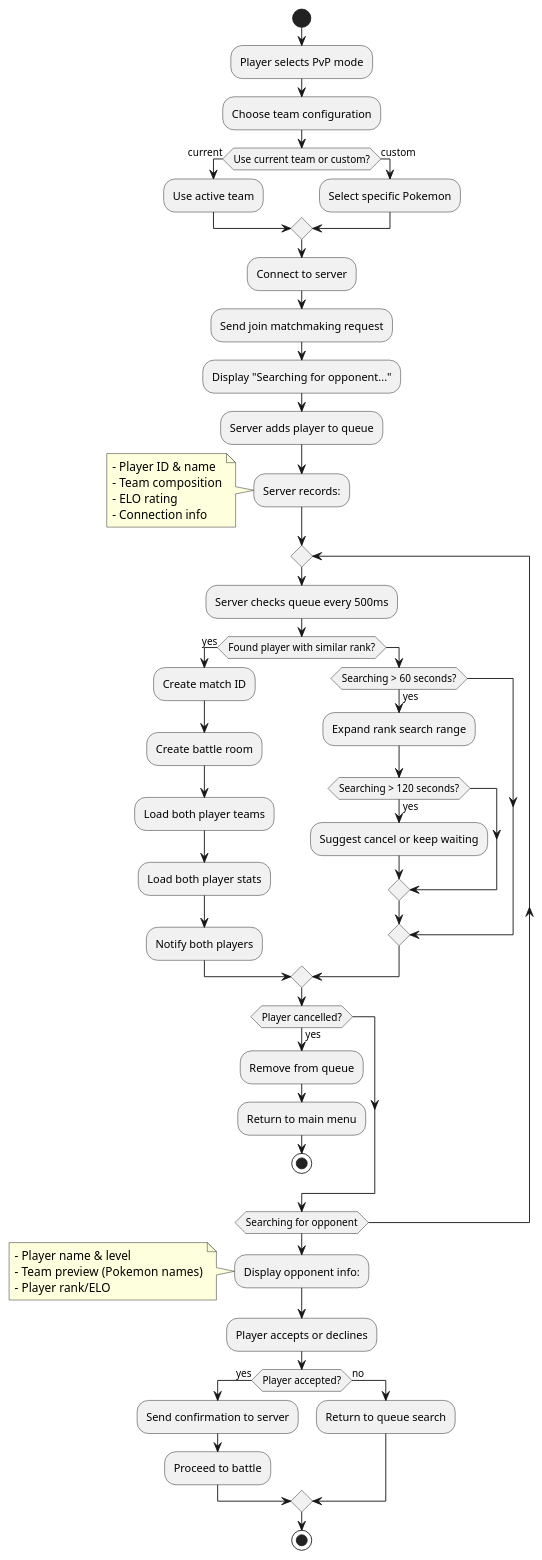
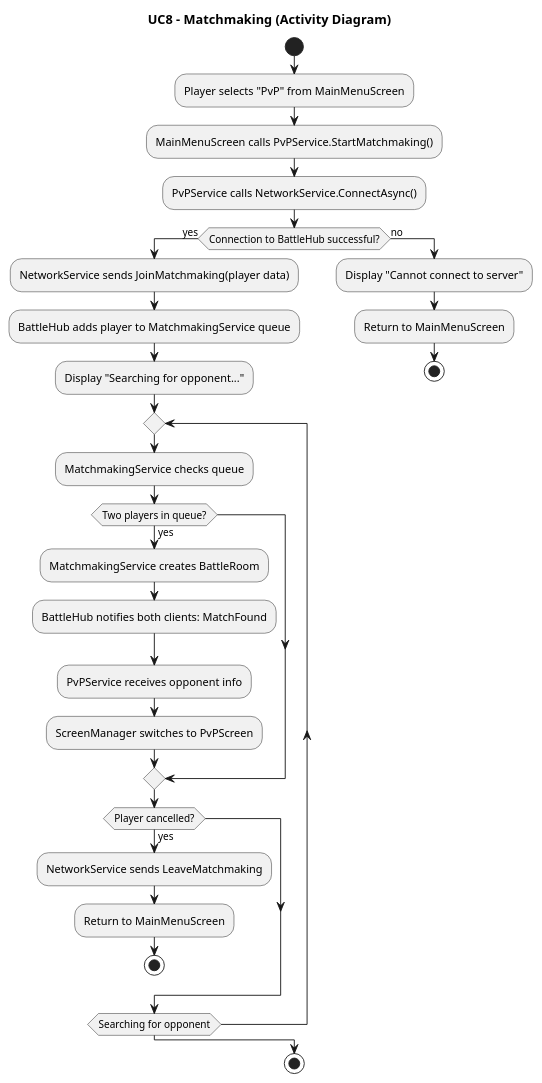
The diagram in TurnBasedPokemon/Diagram/ActivityDiagram/Detailed_UC8_Matchmaking_Activity.plantuml (devKasumi/PokemonConsole), drawn with PlantUML before and after one commit. The commit also changed 69 other files, not shown here.

Commit message:
update all the diagrams

```diff
--- a/TurnBasedPokemon/Diagram/ActivityDiagram/Detailed_UC8_Matchmaking_Activity.plantuml
+++ b/TurnBasedPokemon/Diagram/ActivityDiagram/Detailed_UC8_Matchmaking_Activity.plantuml
@@ -1,65 +1,37 @@
 @startuml UC8_Matchmaking_Activity
+title UC8 - Matchmaking (Activity Diagram)
 start
-:Player selects PvP mode;
-:Choose team configuration;
-if (Use current team or custom?) then (current)
-  :Use active team;
-else (custom)
-  :Select specific Pokemon;
-endif
+:Player selects "PvP" from MainMenuScreen;
+:MainMenuScreen calls PvPService.StartMatchmaking();
+:PvPService calls NetworkService.ConnectAsync();
 
-:Connect to server;
-:Send join matchmaking request;
-:Display "Searching for opponent...";
-
-:Server adds player to queue;
-:Server records:;
-note
-  - Player ID & name
-  - Team composition
-  - ELO rating
-  - Connection info
-end note
-
-repeat
-  :Server checks queue every 500ms;
+if (Connection to BattleHub successful?) then (yes)
+  :NetworkService sends JoinMatchmaking(player data);
+  :BattleHub adds player to MatchmakingService queue;
+  :Display "Searching for opponent...";
   
-  if (Found player with similar rank?) then (yes)
-    :Create match ID;
-    :Create battle room;
-    :Load both player teams;
-    :Load both player stats;
-    :Notify both players;
-  else
-    if (Searching > 60 seconds?) then (yes)
-      :Expand rank search range;
-      if (Searching > 120 seconds?) then (yes)
-        :Suggest cancel or keep waiting;
-      endif
+  repeat
+    :MatchmakingService checks queue;
+    
+    if (Two players in queue?) then (yes)
+      :MatchmakingService creates BattleRoom;
+      :BattleHub notifies both clients: MatchFound;
+      :PvPService receives opponent info;
+      :ScreenManager switches to PvPScreen;
     endif
-  endif
+    
+    if (Player cancelled?) then (yes)
+      :NetworkService sends LeaveMatchmaking;
+      :Return to MainMenuScreen;
+      stop
+    endif
+  repeat while (Searching for opponent)
   
-  if (Player cancelled?) then (yes)
-    :Remove from queue;
-    :Return to main menu;
-    stop
-  endif
-repeat while (Searching for opponent)
-
-:Display opponent info:;
-note
-  - Player name & level
-  - Team preview (Pokemon names)
-  - Player rank/ELO
-end note
-
-:Player accepts or declines;
-if (Player accepted?) then (yes)
-  :Send confirmation to server;
-  :Proceed to battle;
 else (no)
-  :Return to queue search;
+  :Display "Cannot connect to server";
+  :Return to MainMenuScreen;
+  stop
 endif
 
 stop
 @enduml
```
